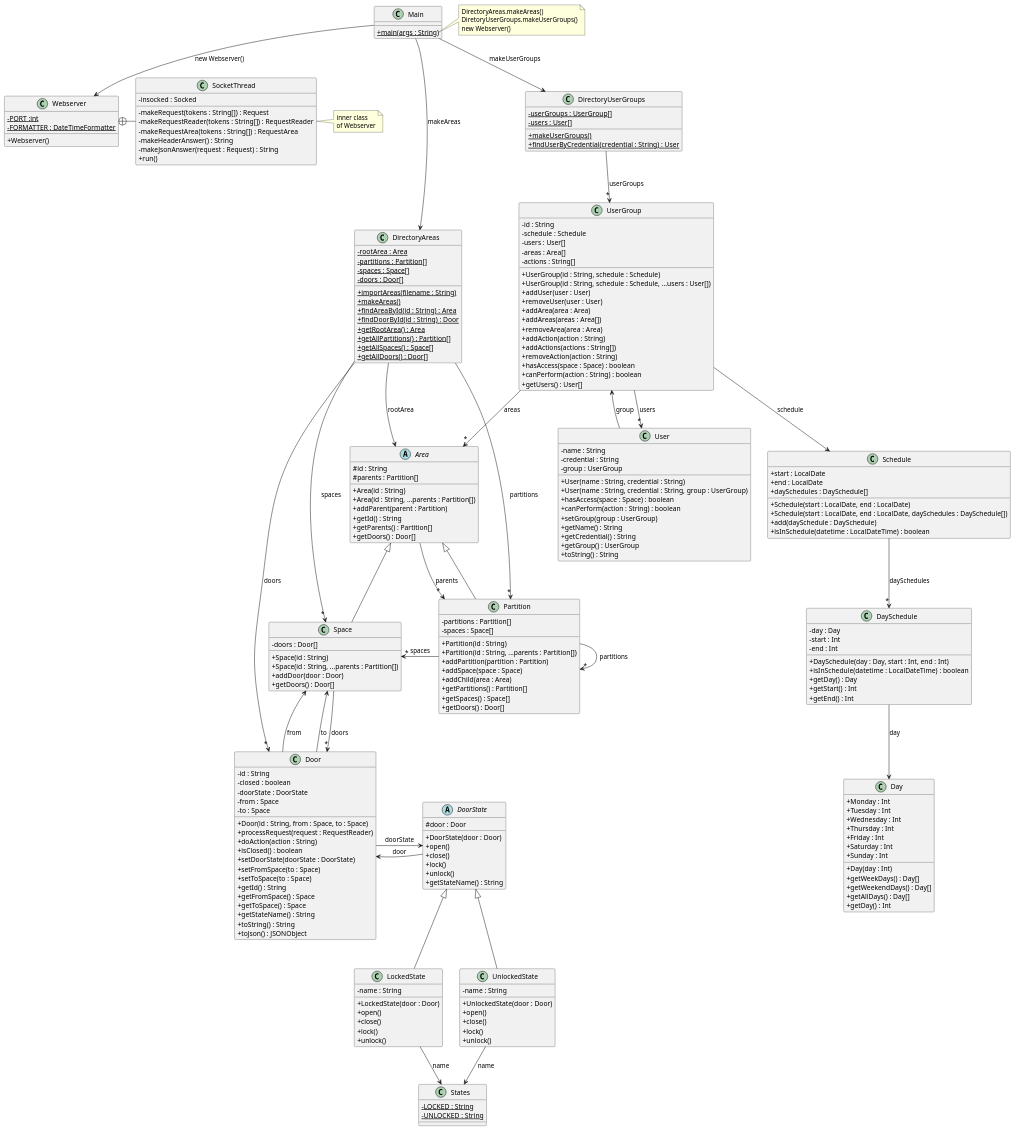
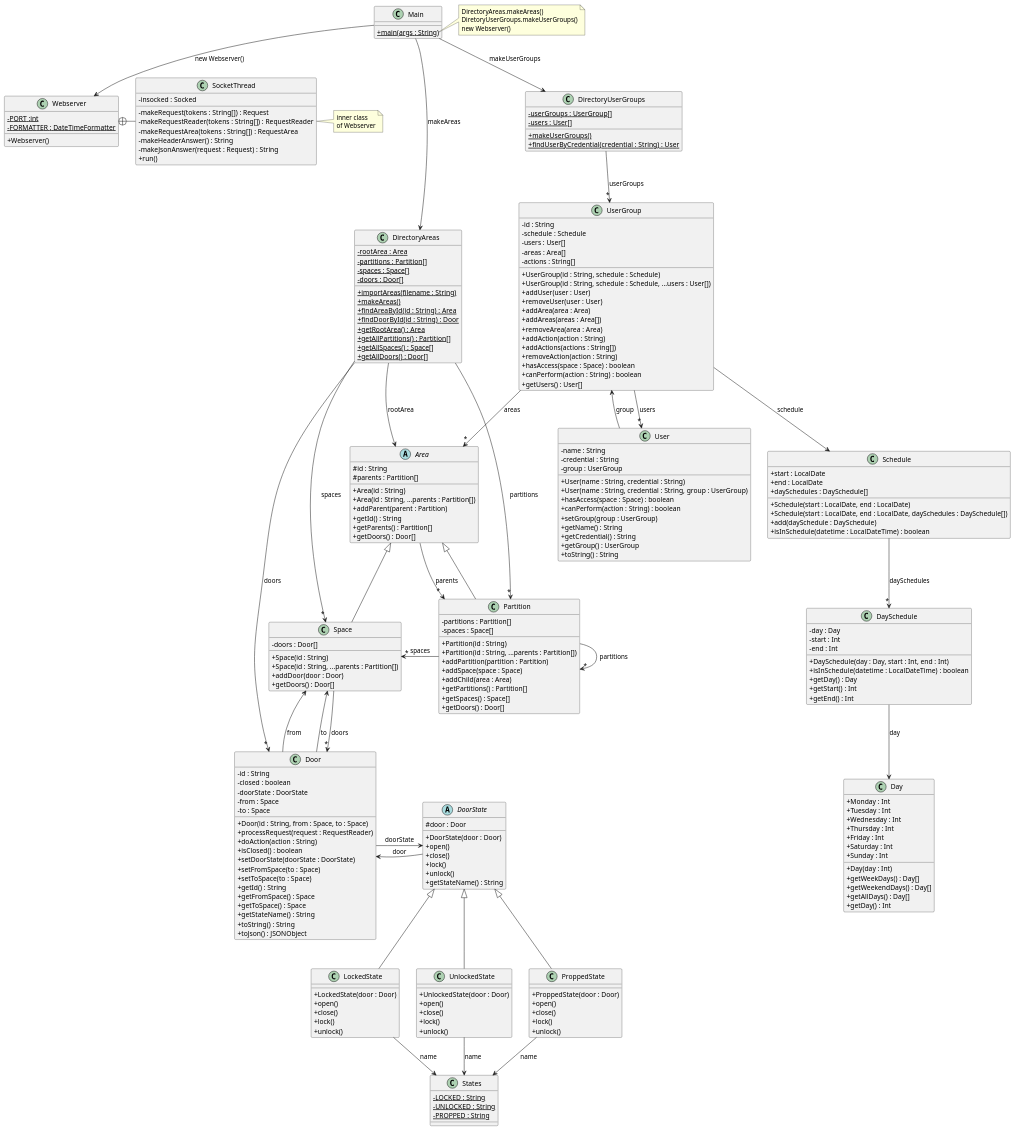
One commit to joan667/Acces_Control changed the diagram in src/baseNoStates/uml/base_no_states.puml. Above: the diagram before and after it, drawn with PlantUML. The commit also changed 2 other files, not shown here.

```diff
--- a/src/baseNoStates/uml/base_no_states.puml
+++ b/src/baseNoStates/uml/base_no_states.puml
@@ -145,10 +145,10 @@
 static class States {
 - {static} LOCKED : String
 - {static} UNLOCKED : String
+- {static} PROPPED : String
 }
 
 class LockedState extends DoorState {
-- name : String
 + LockedState(door : Door)
 + open()
 + close()
@@ -157,8 +157,15 @@
 }
 
 class UnlockedState extends DoorState {
-- name : String
 + UnlockedState(door : Door)
++ open()
++ close()
++ lock()
++ unlock()
+}
+
+class ProppedState extends DoorState {
++ ProppedState(door : Door)
 + open()
 + close()
 + lock()
@@ -167,6 +174,7 @@
 
 LockedState --> States : name
 UnlockedState --> States : name
+ProppedState --> States : name
 
 
 static class DirectoryUserGroups {
```
